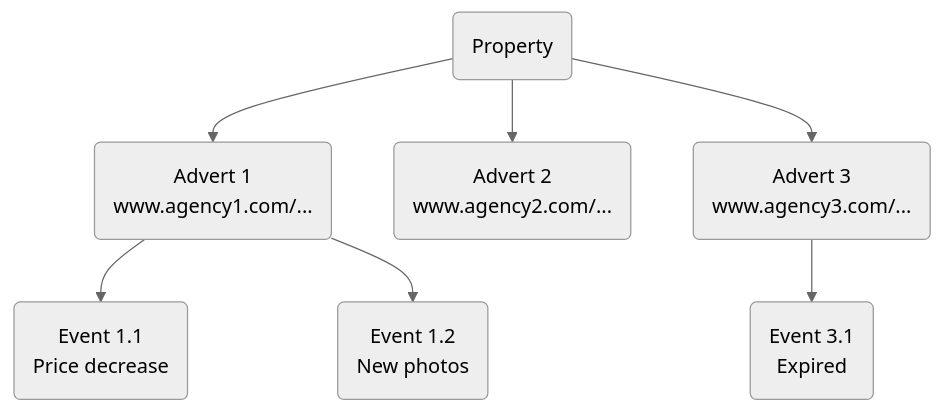
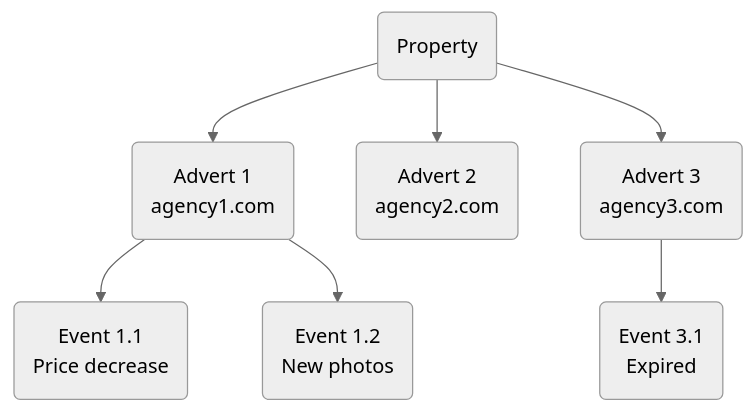
Before and after one commit to fullstck/mintlify-docs: the diagram in api-reference/concepts.mdx, drawn with Mermaid (neutral theme).

````diff
--- a/api-reference/concepts.mdx
+++ b/api-reference/concepts.mdx
@@ -6,17 +6,17 @@
 ```mermaid
 graph TD
     P(Property)
-    A1("Advert 1<br/>www.agency1.com/...")
-    A2("Advert 2<br/>www.agency2.com/...")
-    A3("Advert 3<br/>www.agency3.com/...")
+    A1("Advert 1<br/>agency1.com")
+    A2("Advert 2<br/>agency2.com")
+    A3("Advert 3<br/>agency3.com")
     E11("Event 1.1<br/>Price decrease")
     E12("Event 1.2<br/>New photos")
     E31("Event 3.1<br/>Expired")   
 
     P --> A1
     P --> A2
     P --> A3
     A1 --> E11
     A1 --> E12    
     A3 --> E31    
 ```
````
